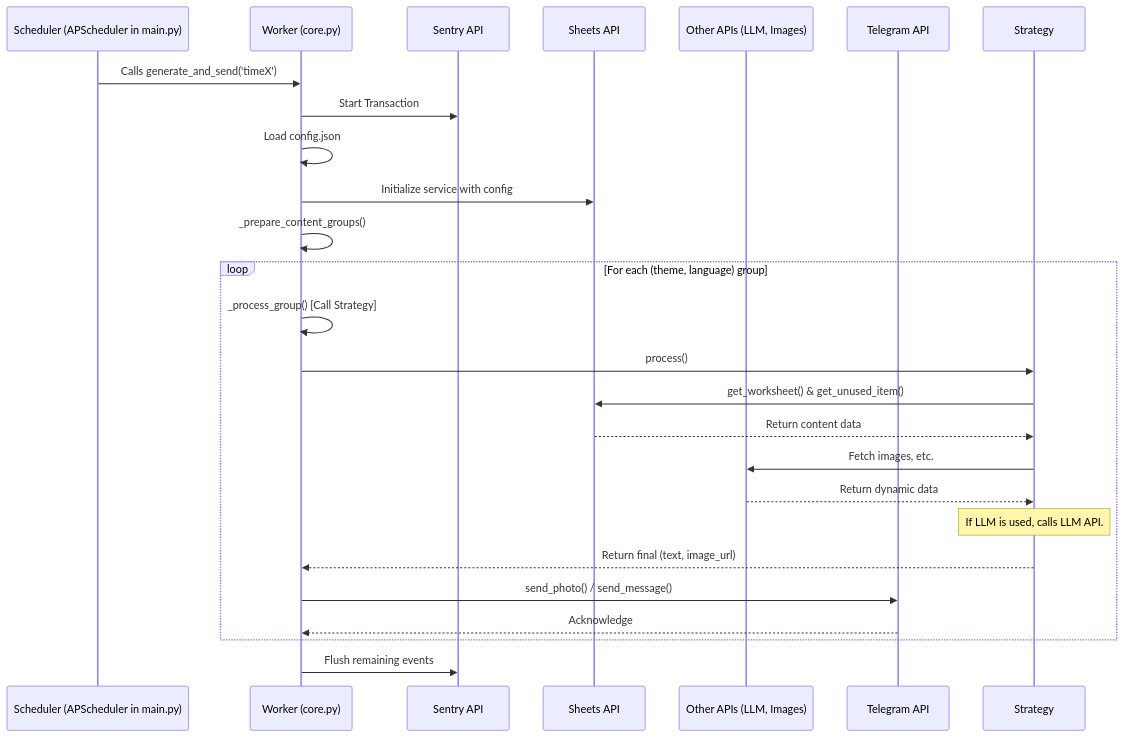
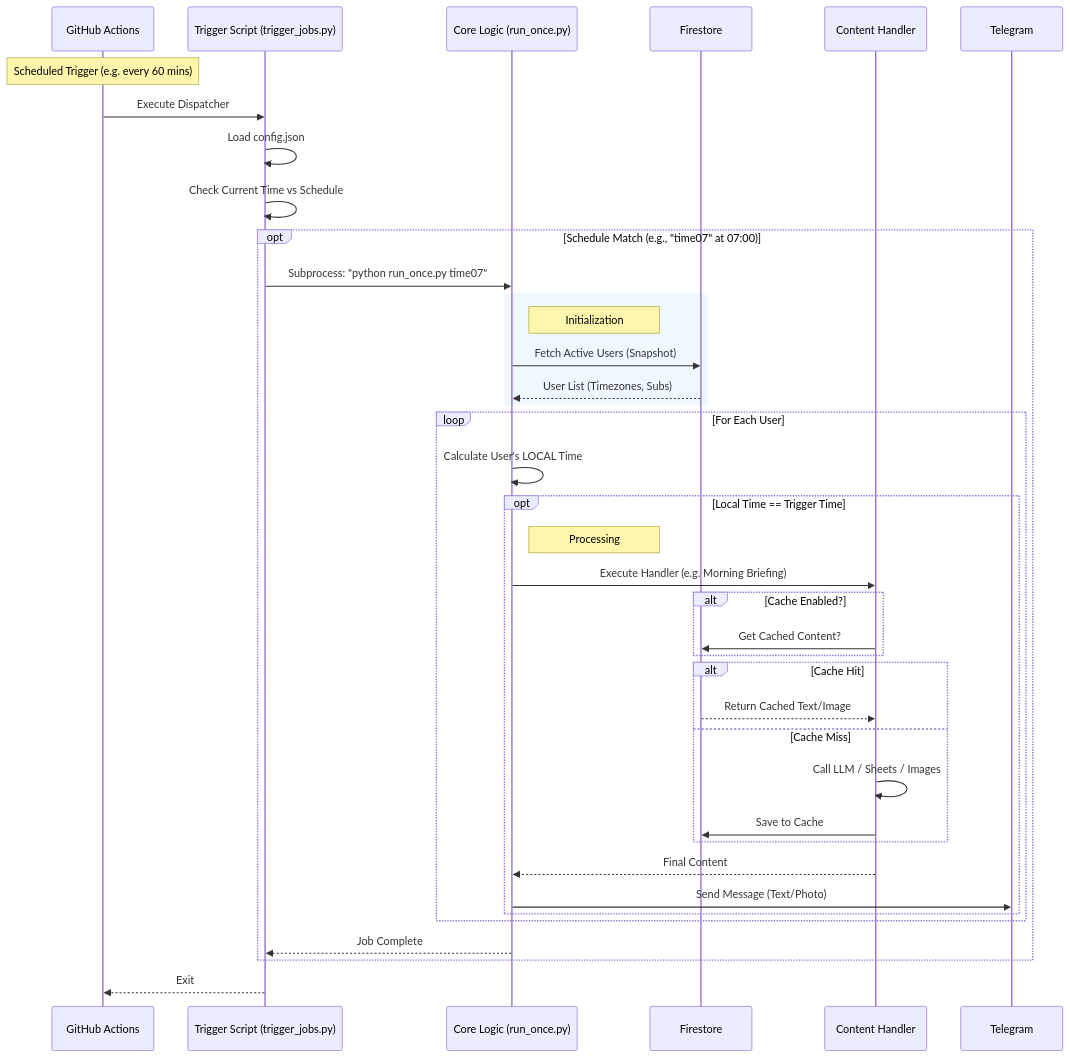
Before and after one commit to OpenXFlow/PulserBot: the second of 3 diagrams in docs/assets/bot_flow.md, drawn with Mermaid. The commit also changed other lines of this file and 105 other files, not shown here.

First line of the commit message:
docs: update architecture to v3.0 (Hybrid) and add redirect hub

````diff
--- a/docs/assets/bot_flow.md
+++ b/docs/assets/bot_flow.md
@@ -125,34 +69,49 @@
 ```mermaid
 sequenceDiagram
-    participant Scheduler as Scheduler (APScheduler in main.py)
-    participant Worker as Worker (core.py)
-    participant Sentry as Sentry API
-    participant Sheets as Sheets API
-    participant Other as Other APIs (LLM, Images)
-    participant Telegram as Telegram API
-    participant Strategy
-
-    Scheduler->>Worker: Calls generate_and_send('timeX')
+    participant GA as GitHub Actions
+    participant Trigger as Trigger Script (trigger_jobs.py)
+    participant Core as Core Logic (run_once.py)
+    participant DB as Firestore
+    participant Handler as Content Handler
+    participant TG as Telegram
     
-    Worker->>Sentry: Start Transaction
-    Worker->>Worker: Load config.json
-    Worker->>Sheets: Initialize service with config
-    Worker->>Worker: _prepare_content_groups()
+    Note over GA: Scheduled Trigger (e.g. every 60 mins)
+    GA->>Trigger: Execute Dispatcher
+    Trigger->>Trigger: Load config.json
+    Trigger->>Trigger: Check Current Time vs Schedule
     
-    loop For each (theme, language) group
-        Worker->>Worker: _process_group() [Call Strategy]
+    opt Schedule Match (e.g., "time07" at 07:00)
+        Trigger->>Core: Subprocess: "python run_once.py time07"
         
-        Worker->>Strategy: process()
-        Strategy->>Sheets: get_worksheet() & get_unused_item()
-        Sheets-->>Strategy: Return content data
-        Strategy->>Other: Fetch images, etc.
-        Other-->>Strategy: Return dynamic data
-        Note over Strategy: If LLM is used, calls LLM API.
-        Strategy-->>Worker: Return final (text, image_url)
+        rect rgb(240, 248, 255)
+            note right of Core: Initialization
+            Core->>DB: Fetch Active Users (Snapshot)
+            DB-->>Core: User List (Timezones, Subs)
+        end
         
-        Worker->>Telegram: send_photo() / send_message()
-        Telegram-->>Worker: Acknowledge
+        loop For Each User
+            Core->>Core: Calculate User's LOCAL Time
+            
+            opt Local Time == Trigger Time
+                note right of Core: Processing
+                Core->>Handler: Execute Handler (e.g. Morning Briefing)
+                
+                alt Cache Enabled?
+                    Handler->>DB: Get Cached Content?
+                end
+                
+                alt Cache Hit
+                    DB-->>Handler: Return Cached Text/Image
+                else Cache Miss
+                    Handler->>Handler: Call LLM / Sheets / Images
+                    Handler->>DB: Save to Cache
+                end
+                
+                Handler-->>Core: Final Content
+                Core->>TG: Send Message (Text/Photo)
+            end
+        end
+        Core-->>Trigger: Job Complete
     end
-    
-    Worker->>Sentry: Flush remaining events
+    Trigger-->>GA: Exit
 ```
````
